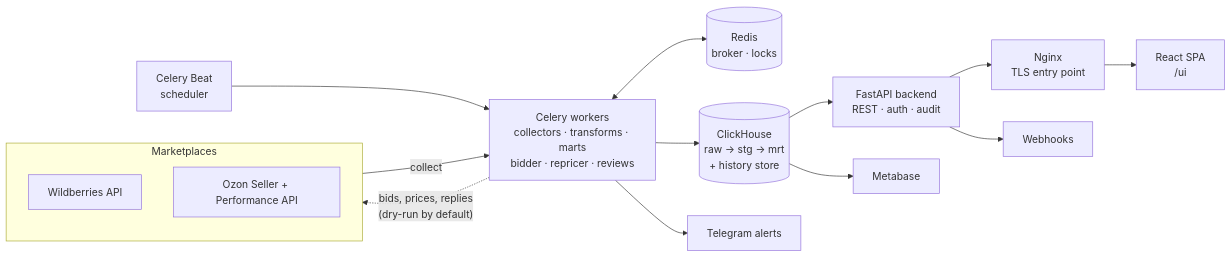
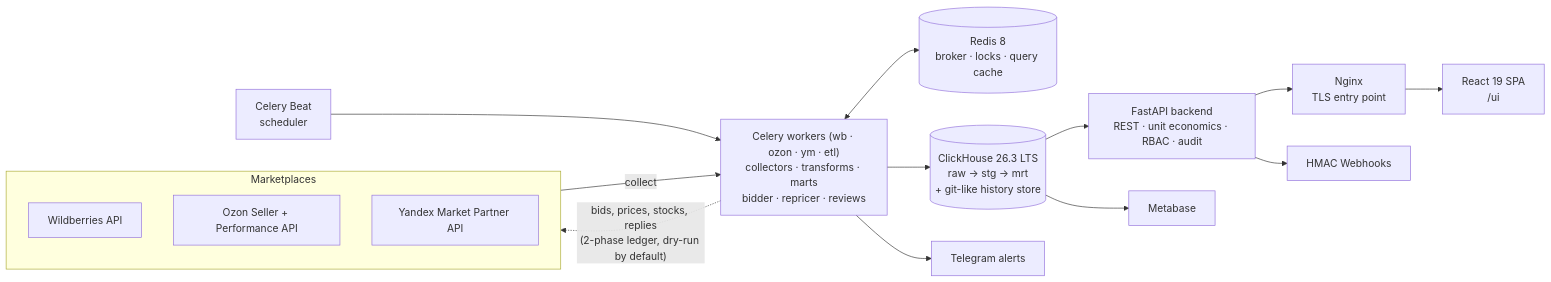
One commit to Bormotoon/BormoStats changed the diagram in README.md. Above: the diagram before and after it, drawn with Mermaid. The commit also changed other lines of this file and 40 other files, not shown here.

````diff
--- a/README.md
+++ b/README.md
@@ -236,19 +252,20 @@
 ```mermaid
 flowchart LR
     subgraph MP["Marketplaces"]
         WB["Wildberries API"]
         OZ["Ozon Seller + Performance API"]
+        YM["Yandex Market Partner API"]
     end
 
     Beat["Celery Beat<br/>scheduler"] --> Worker
-    MP -- "collect" --> Worker["Celery workers<br/>collectors · transforms · marts<br/>bidder · repricer · reviews"]
-    Worker -. "bids, prices, replies<br/>(dry-run by default)" .-> MP
-    Worker <--> Redis[("Redis<br/>broker · locks")]
-    Worker --> CH[("ClickHouse<br/>raw → stg → mrt<br/>+ history store")]
-    CH --> API["FastAPI backend<br/>REST · auth · audit"]
+    MP -- "collect" --> Worker["Celery workers (wb · ozon · ym · etl)<br/>collectors · transforms · marts<br/>bidder · repricer · reviews"]
+    Worker -. "bids, prices, stocks, replies<br/>(2-phase ledger, dry-run by default)" .-> MP
+    Worker <--> Redis[("Redis 8<br/>broker · locks · query cache")]
+    Worker --> CH[("ClickHouse 26.3 LTS<br/>raw → stg → mrt<br/>+ git-like history store")]
+    CH --> API["FastAPI backend<br/>REST · unit economics · RBAC · audit"]
     API --> Nginx["Nginx<br/>TLS entry point"]
-    Nginx --> UI["React SPA<br/>/ui"]
+    Nginx --> UI["React 19 SPA<br/>/ui"]
     CH --> MB["Metabase"]
     Worker --> TG["Telegram alerts"]
-    API --> WH["Webhooks"]
+    API --> WH["HMAC Webhooks"]
 ```
````
